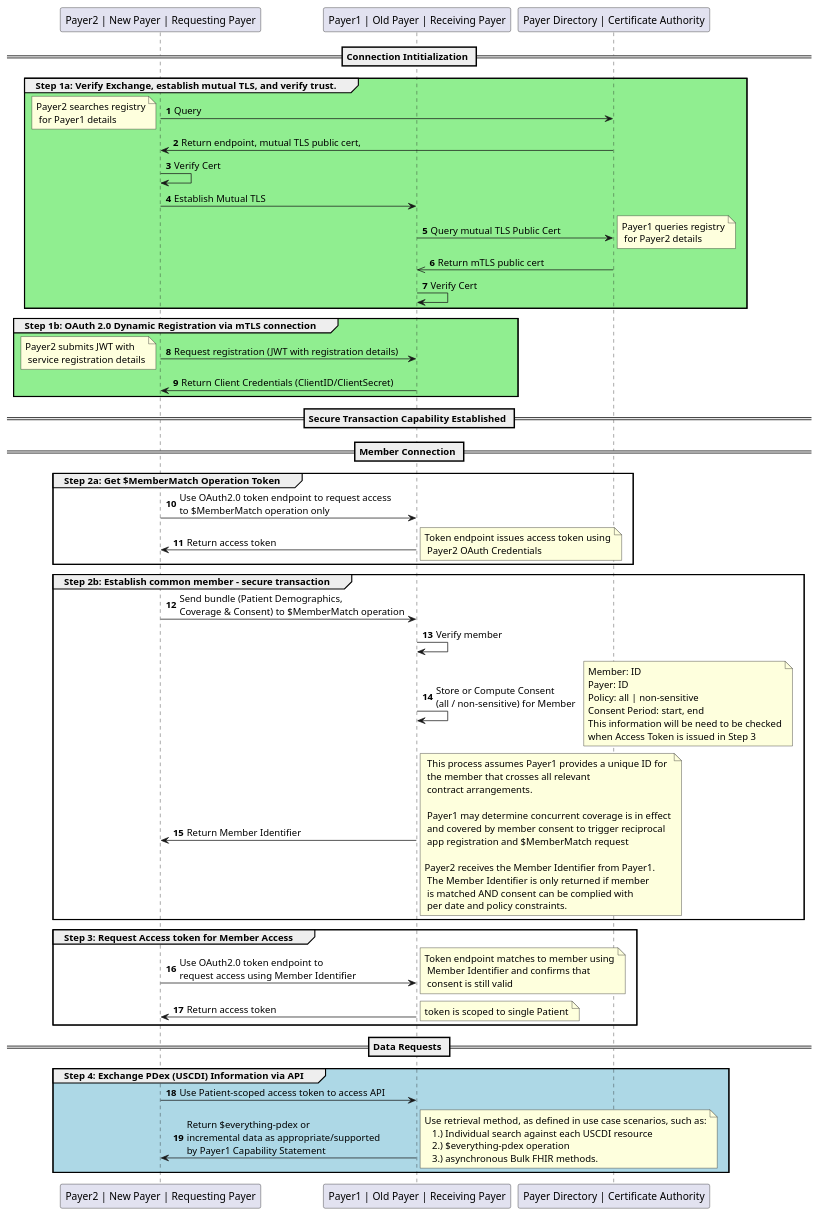
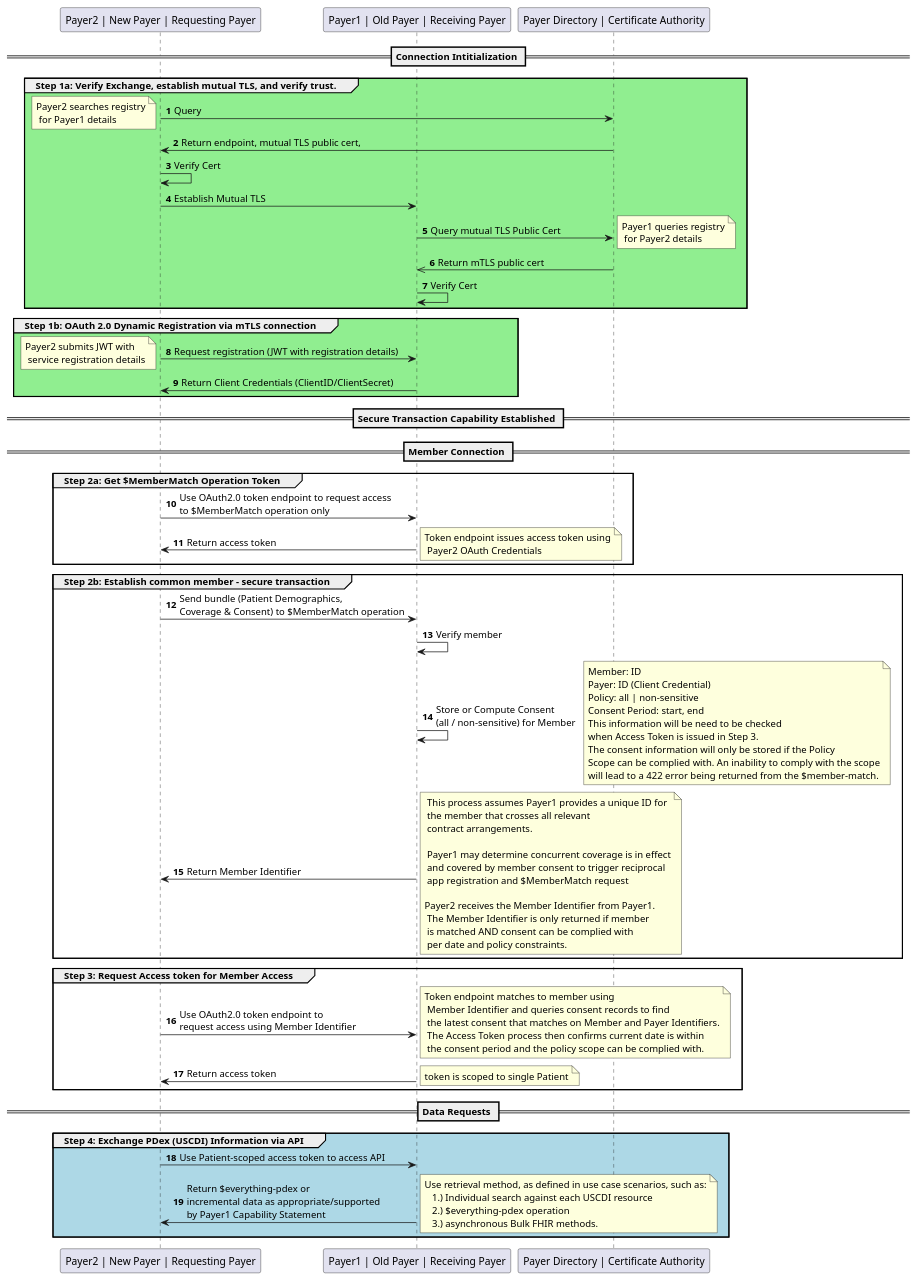
Before and after one commit to HL7/davinci-epdx: the diagram in input/images-source/authorization-consent.plantuml, drawn with PlantUML.

Commit message:
BallotRec-Vote7 Ticket 39314 - Refine consent information in $member-match flow.

```diff
--- a/input/images-source/authorization-consent.plantuml
+++ b/input/images-source/authorization-consent.plantuml
@@ -1,98 +1,103 @@
 @startuml
 skinparam svgDimensionStyle false
 autonumber
 participant "Payer2 | New Payer | Requesting Payer" as Payer2
 participant "Payer1 | Old Payer | Receiving Payer" as Payer1
 participant "Payer Directory | Certificate Authority" as PayerDirectory
 == Connection Intitialization ==
 group #LightGreen Step 1a: Verify Exchange, establish mutual TLS, and verify trust.
 	Payer2 -> PayerDirectory : Query
   note left
   	Payer2 searches registry
     for Payer1 details
   endnote
 	PayerDirectory -> Payer2 : Return endpoint, mutual TLS public cert,
 	Payer2 -> Payer2 : Verify Cert
 	Payer2 -> Payer1 : Establish Mutual TLS
 	Payer1 -> PayerDirectory : Query mutual TLS Public Cert
   note right
   	Payer1 queries registry
     for Payer2 details
   endnote
 	PayerDirectory ->> Payer1 : Return mTLS public cert
 	Payer1 -> Payer1 : Verify Cert
 end
 group #lightGreen Step 1b: OAuth 2.0 Dynamic Registration via mTLS connection
 	Payer2 -> Payer1 : Request registration (JWT with registration details)
 	note left
   	Payer2 submits JWT with
     service registration details
   endnote
   Payer1 -> Payer2 : Return Client Credentials (ClientID/ClientSecret)
 
 end
 == Secure Transaction Capability Established ==
 
 == Member Connection ==
 group Step 2a: Get $MemberMatch Operation Token
 	Payer2 -> Payer1 : Use OAuth2.0 token endpoint to request access \nto $MemberMatch operation only
   Payer1 -> Payer2 : Return access token
   note right
   	Token endpoint issues access token using
     Payer2 OAuth Credentials
   endnote
 end
 group Step 2b: Establish common member - secure transaction
 	Payer2 -> Payer1 : Send bundle (Patient Demographics, \nCoverage & Consent) to $MemberMatch operation
 	Payer1 -> Payer1 : Verify member
   Payer1 -> Payer1 : Store or Compute Consent \n(all / non-sensitive) for Member
   note right
   Member: ID
-  Payer: ID
+  Payer: ID (Client Credential)
   Policy: all | non-sensitive
   Consent Period: start, end
   This information will be need to be checked
-  when Access Token is issued in Step 3
+  when Access Token is issued in Step 3.
+  The consent information will only be stored if the Policy
+  Scope can be complied with. An inability to comply with the scope
+  will lead to a 422 error being returned from the $member-match.
   endnote
 
 	Payer1 -> Payer2 : Return Member Identifier
   note right
     This process assumes Payer1 provides a unique ID for
     the member that crosses all relevant
     contract arrangements.
 
     Payer1 may determine concurrent coverage is in effect
     and covered by member consent to trigger reciprocal
     app registration and $MemberMatch request
 
   	Payer2 receives the Member Identifier from Payer1.
     The Member Identifier is only returned if member
     is matched AND consent can be complied with
     per date and policy constraints.
   endnote
 end
 
 group Step 3: Request Access token for Member Access
 	Payer2 -> Payer1 : Use OAuth2.0 token endpoint to \nrequest access using Member Identifier
   note right
   	Token endpoint matches to member using
-    Member Identifier and confirms that
-    consent is still valid
+    Member Identifier and queries consent records to find
+    the latest consent that matches on Member and Payer Identifiers.
+    The Access Token process then confirms current date is within
+    the consent period and the policy scope can be complied with.
   endnote
   Payer1 -> Payer2 : Return access token
   note right
   	token is scoped to single Patient
   endnote
 end
 == Data Requests ==
 group #LightBlue Step 4: Exchange PDex (USCDI) Information via API
   Payer2 -> Payer1 : Use Patient-scoped access token to access API
 	Payer1 -> Payer2 : Return $everything-pdex or \nincremental data as appropriate/supported \nby Payer1 Capability Statement
   note right
   	Use retrieval method, as defined in use case scenarios, such as:
       1.) Individual search against each USCDI resource
       2.) $everything-pdex operation
       3.) asynchronous Bulk FHIR methods.
   endnote
 end
 @enduml
```
